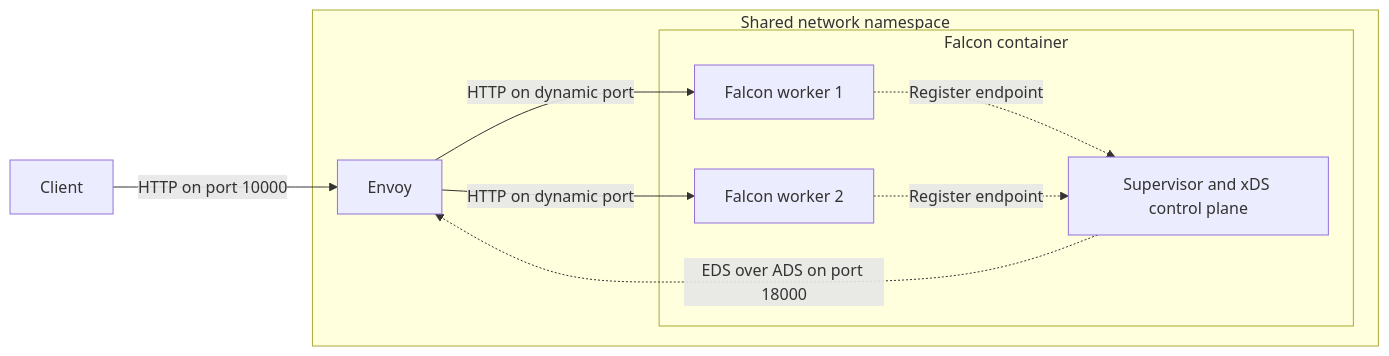
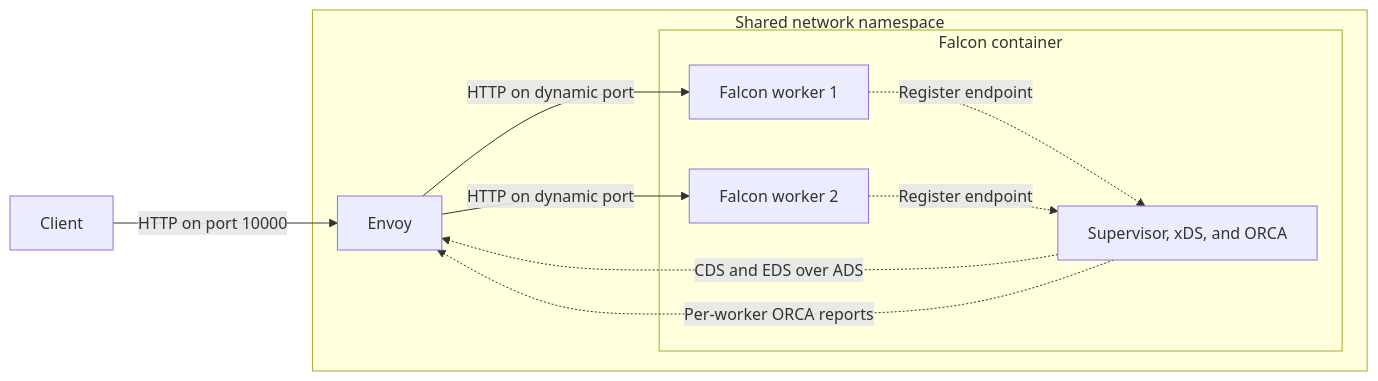
The diagram in guides/cluster-deployment/readme.md (socketry/falcon), drawn with Mermaid before and after one commit. The commit also changed other lines of this file and 6 other files, not shown here.

````diff
--- a/guides/cluster-deployment/readme.md
+++ b/guides/cluster-deployment/readme.md
@@ -24,20 +26,21 @@
 ```mermaid
 flowchart LR
 	Client[Client] -->|HTTP on port 10000| Envoy
 
 	subgraph Network[Shared network namespace]
 		Envoy[Envoy]
 
 		subgraph Falcon[Falcon container]
-			Supervisor[Supervisor and xDS control plane]
+			Supervisor[Supervisor, xDS, and ORCA]
 			Worker1[Falcon worker 1]
 			Worker2[Falcon worker 2]
 		end
 
 		Worker1 -.->|Register endpoint| Supervisor
 		Worker2 -.->|Register endpoint| Supervisor
-		Supervisor -.->|EDS over ADS on port 18000| Envoy
+		Supervisor -.->|CDS and EDS over ADS| Envoy
+		Supervisor -.->|Per-worker ORCA reports| Envoy
 		Envoy -->|HTTP on dynamic port| Worker1
 		Envoy -->|HTTP on dynamic port| Worker2
 	end
 ```
````
